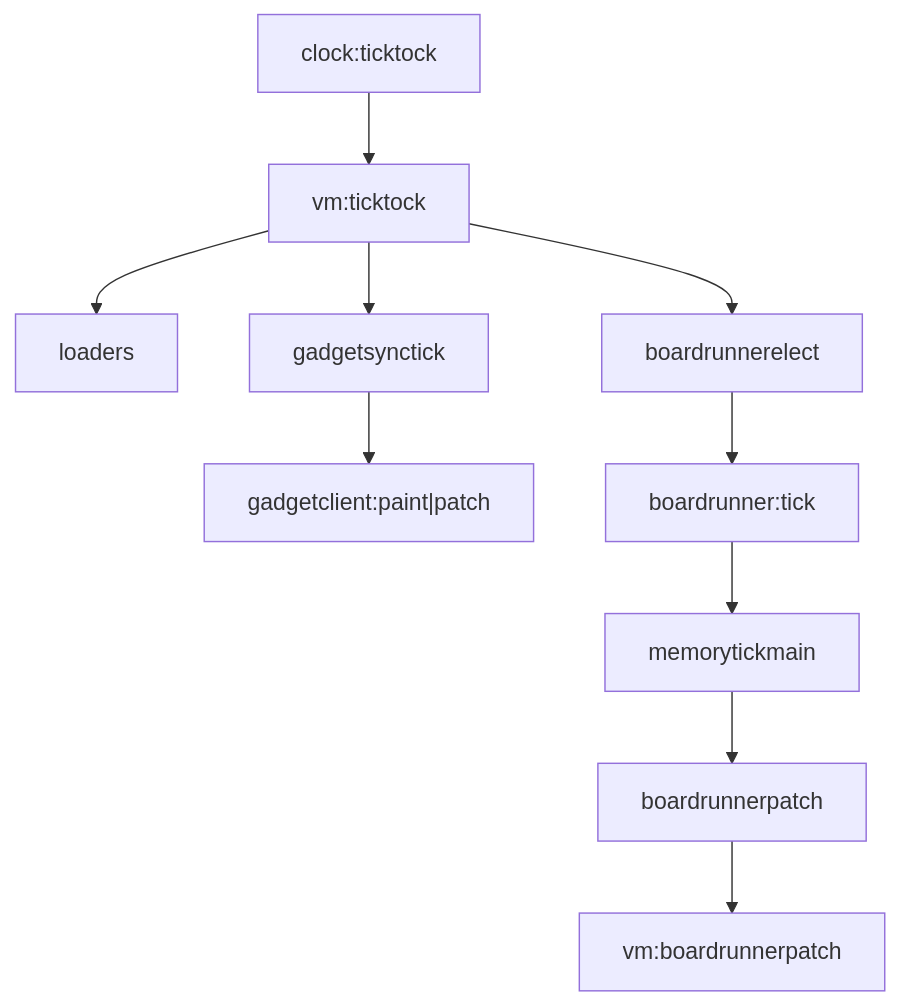
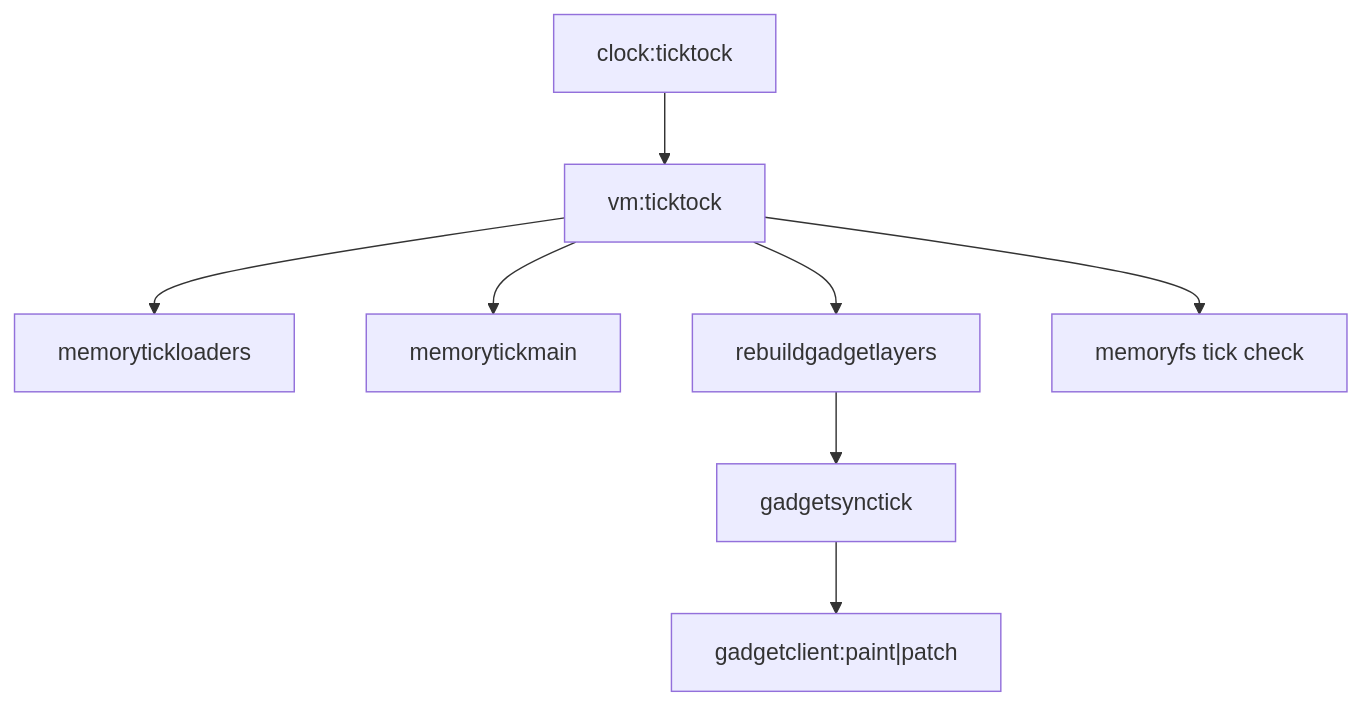
The third of 4 diagrams in docs-site/content/map.mdx (goldbuick/zed-software-system), drawn with Mermaid before and after one commit. The commit also changed other lines of this file and 340 other files, not shown here.

````diff
--- a/docs-site/content/map.mdx
+++ b/docs-site/content/map.mdx
@@ -122,22 +113,18 @@
 ```mermaid
 flowchart TB
   clock["clock:ticktock"]
   vmtick["vm:ticktock"]
-  loaders["loaders"]
+  loaders["memorytickloaders"]
+  mtick["memorytickmain"]
+  glayers["rebuildgadgetlayers"]
   gsync["gadgetsynctick"]
   gclient["gadgetclient:paint|patch"]
-  elect["boardrunnerelect"]
-  brtick["boardrunner:tick"]
-  mtick["memorytickmain"]
-  brpatch["boardrunnerpatch"]
-  vmpatch["vm:boardrunnerpatch"]
+  mfs["memoryfs tick check"]
   clock --> vmtick
   vmtick --> loaders
-  vmtick --> gsync
+  vmtick --> mtick
+  vmtick --> glayers
+  glayers --> gsync
   gsync --> gclient
-  vmtick --> elect
-  elect --> brtick
-  brtick --> mtick
-  mtick --> brpatch
-  brpatch --> vmpatch
+  vmtick --> mfs
 ```
````
